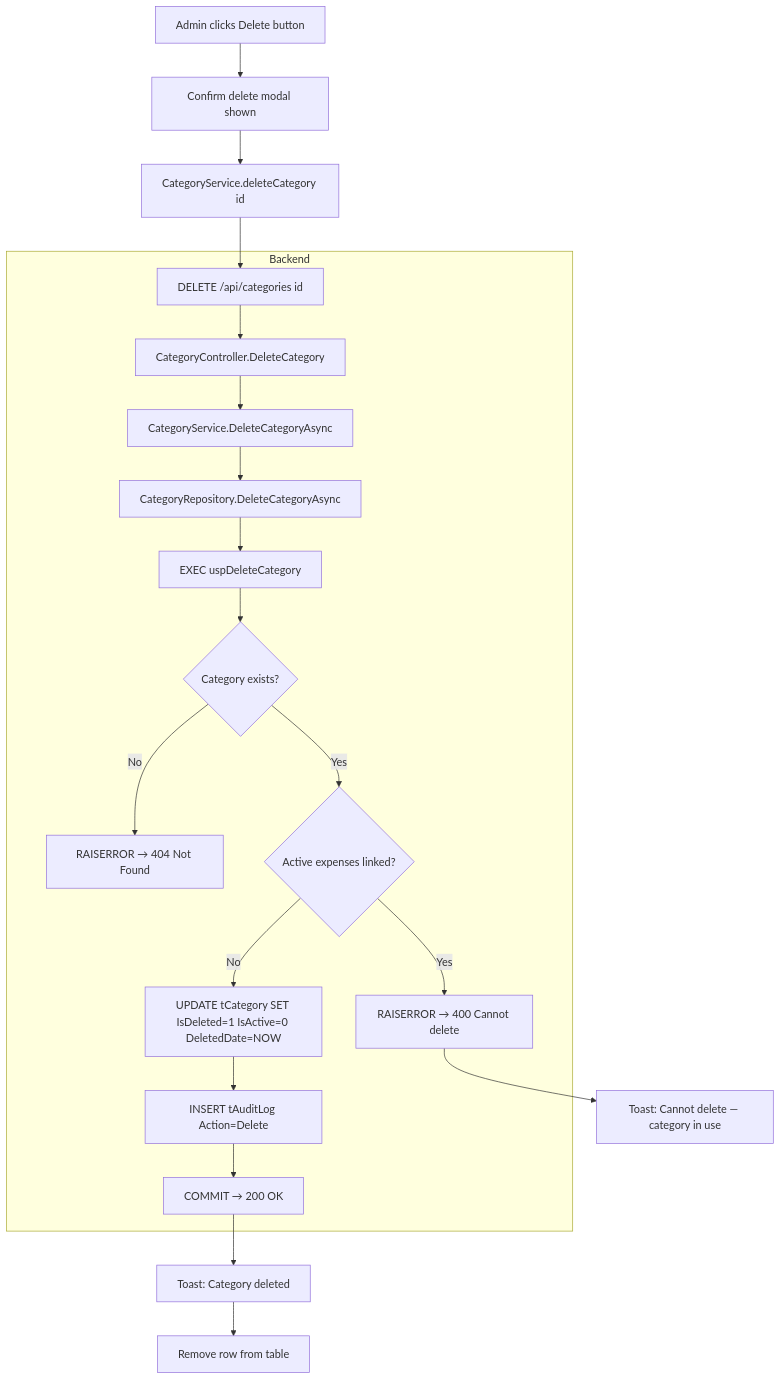
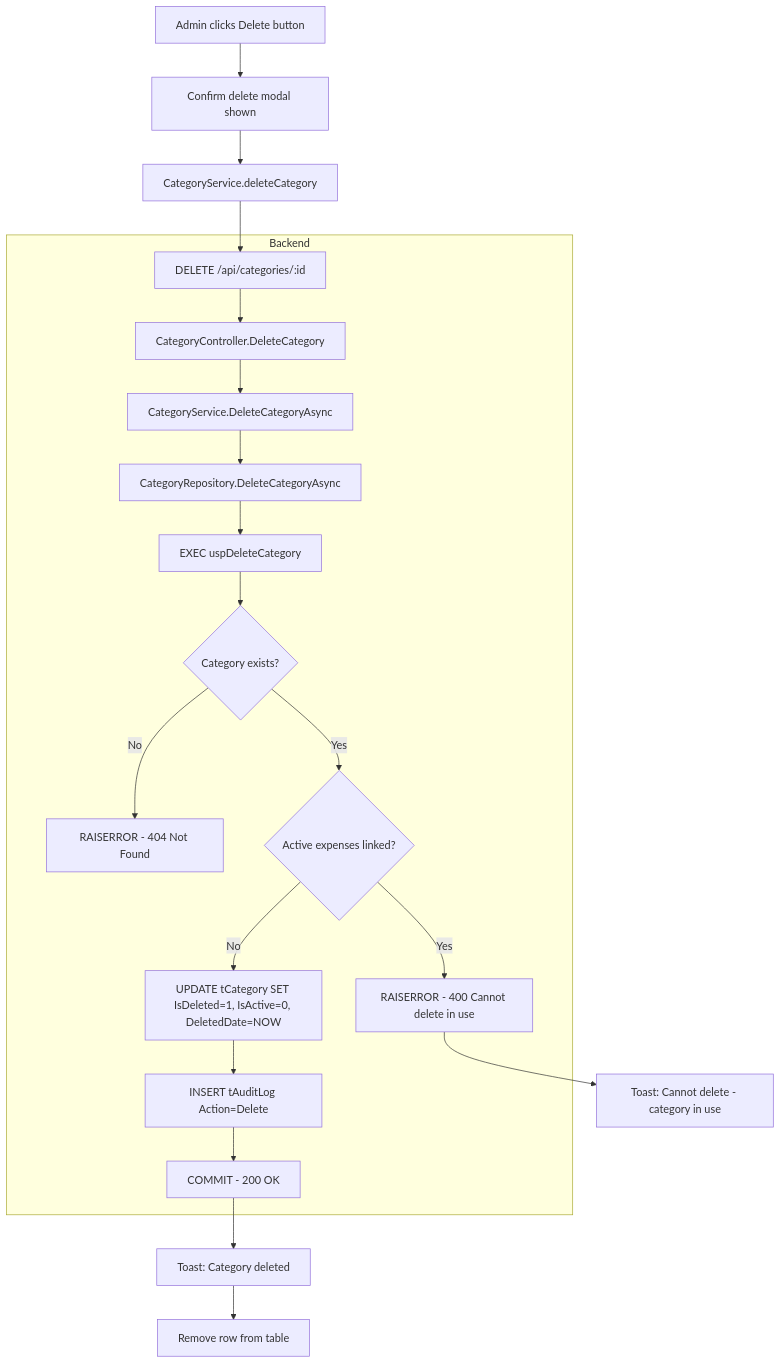
One commit to Dharunkumar-S/BudgetTrack changed the tenth of 11 diagrams in Documentation/Category.md. Above: the diagram before and after it, drawn with Mermaid. The commit also changed other lines of this file and 2 other files, not shown here.

````diff
--- a/Documentation/Category.md
+++ b/Documentation/Category.md
@@ -848,24 +848,24 @@
 ```mermaid
 flowchart TD
-    U[Admin clicks Delete button] --> CONFIRM[Confirm delete modal shown]
-    CONFIRM --> SVC[CategoryService.deleteCategory id]
-    SVC --> API[DELETE /api/categories id]
+    U["Admin clicks Delete button"] --> CONFIRM["Confirm delete modal shown"]
+    CONFIRM --> SVC["CategoryService.deleteCategory"]
+    SVC --> API["DELETE /api/categories/:id"]
 
     subgraph Backend
-        API --> CTRL[CategoryController.DeleteCategory]
-        CTRL --> SRVC[CategoryService.DeleteCategoryAsync]
-        SRVC --> REPO[CategoryRepository.DeleteCategoryAsync]
-        REPO --> SP[EXEC uspDeleteCategory]
-        SP --> EXISTS{Category exists?}
-        EXISTS -->|No| E404[RAISERROR → 404 Not Found]
-        EXISTS -->|Yes| INUSE{Active expenses linked?}
-        INUSE -->|Yes| E400[RAISERROR → 400 Cannot delete]
-        INUSE -->|No| SD[UPDATE tCategory SET IsDeleted=1 IsActive=0 DeletedDate=NOW]
-        SD --> AUDIT[INSERT tAuditLog Action=Delete]
-        AUDIT --> COMMIT[COMMIT → 200 OK]
+        API --> CTRL["CategoryController.DeleteCategory"]
+        CTRL --> SRVC["CategoryService.DeleteCategoryAsync"]
+        SRVC --> REPO["CategoryRepository.DeleteCategoryAsync"]
+        REPO --> SP["EXEC uspDeleteCategory"]
+        SP --> EXISTS{"Category exists?"}
+        EXISTS -->|"No"| E404["RAISERROR - 404 Not Found"]
+        EXISTS -->|"Yes"| INUSE{"Active expenses linked?"}
+        INUSE -->|"Yes"| E400["RAISERROR - 400 Cannot delete in use"]
+        INUSE -->|"No"| SD["UPDATE tCategory SET IsDeleted=1, IsActive=0, DeletedDate=NOW"]
+        SD --> AUDIT["INSERT tAuditLog Action=Delete"]
+        AUDIT --> COMMIT["COMMIT - 200 OK"]
     end
 
-    COMMIT --> TOAST[Toast: Category deleted]
-    TOAST --> RELOAD[Remove row from table]
-    E400 --> AERR[Toast: Cannot delete — category in use]
+    COMMIT --> TOAST["Toast: Category deleted"]
+    TOAST --> RELOAD["Remove row from table"]
+    E400 --> AERR["Toast: Cannot delete - category in use"]
 ```
````
